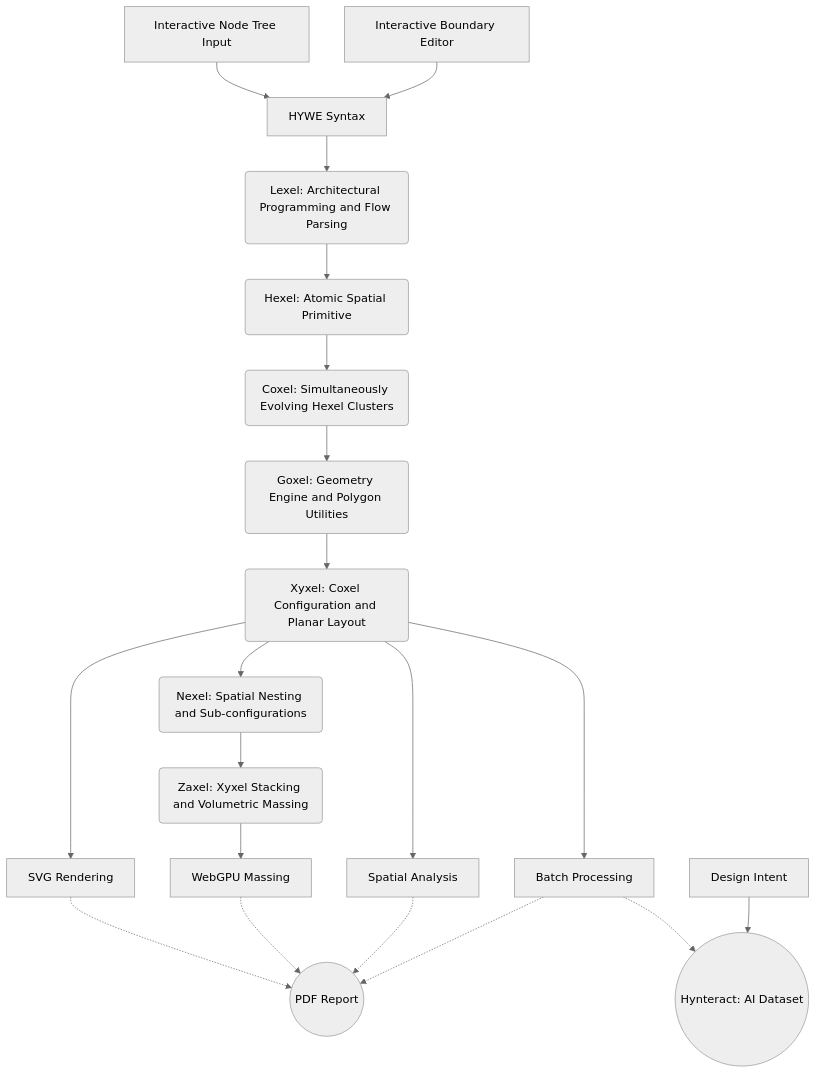
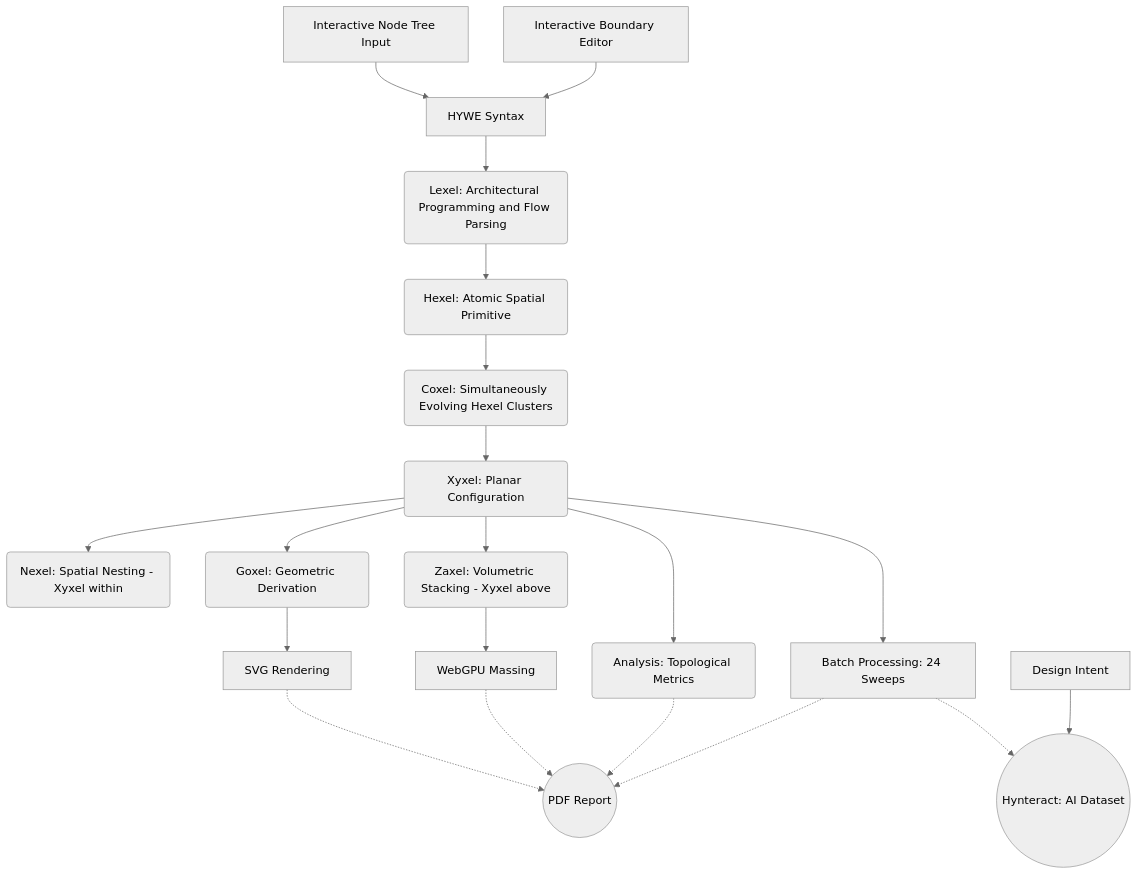
The diagram in README.md (vykrum/Hywe), drawn with Mermaid (neutral theme) before and after one commit. The commit also changed other lines of this file, not shown here.

Commit message:
Align Conceptual Architecture table and Mermaid flowchart with Xyxel, Nexel, Zaxel, and sibling Goxel/Analysis pipeline

````diff
--- a/README.md
+++ b/README.md
@@ -98,26 +98,27 @@
 ```mermaid
 graph TD
     A1[Interactive Node Tree Input] --> B[HYWE Syntax]
     A2[Interactive Boundary Editor] --> B[HYWE Syntax]
     B --> C(Lexel: Architectural Programming and Flow Parsing)
     C --> D(Hexel: Atomic Spatial Primitive)
     D --> E(Coxel: Simultaneously Evolving Hexel Clusters)
-    E --> Gx(Goxel: Geometry Engine and Polygon Utilities)
-    Gx --> F(Xyxel: Coxel Configuration and Planar Layout)
-    F --> N(Nexel: Spatial Nesting and Sub-configurations)
-    N --> G(Zaxel: Xyxel Stacking and Volumetric Massing)
+    E --> F(Xyxel: Planar Configuration)
     
-    F --> F1[SVG Rendering]
+    F --> N(Nexel: Spatial Nesting - Xyxel within)
+    F --> G(Zaxel: Volumetric Stacking - Xyxel above)
+    
+    F --> Gx(Goxel: Geometric Derivation)
+    F --> H(Analysis: Topological Metrics)
+    
+    Gx --> F1[SVG Rendering]
     G --> G1[WebGPU Massing]
-    
-    F --> H[Spatial Analysis]
-    F --> I[Batch Processing]
+    F --> I[Batch Processing: 24 Sweeps]
     
     F1 -.-> ReportLabel((PDF Report))
     G1 -.-> ReportLabel
     H -.-> ReportLabel
     I -.-> ReportLabel
     
     I -.-> DatasetLabel((Hynteract: AI Dataset))
     DesignIntent[Design Intent] --> DatasetLabel
 ```
````
